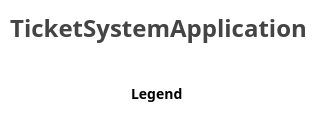
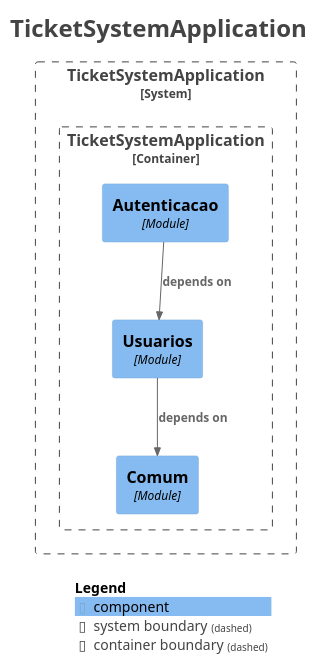
Before and after one commit to AnthoniBortolotto/ticket-management-system: the diagram in docs/modules/components.puml, drawn with PlantUML. The commit also changed 34 other files, not shown here.

Commit message:
FEAT - add user accounts, JWT signing and the login session schema

```diff
--- a/docs/modules/components.puml
+++ b/docs/modules/components.puml
@@ -1,19 +1,32 @@
 @startuml
 title <size:24>TicketSystemApplication</size>
 
 set separator none
 top to bottom direction
 
 <style>
   root {
     BackgroundColor: #ffffff
     FontColor: #444444
   }
 </style>
 
 !include <C4/C4>
 !include <C4/C4_Context>
+!include <C4/C4_Component>
+
+System_Boundary("TicketSystemApplication_boundary", "TicketSystemApplication", $tags="") {
+  Container_Boundary("TicketSystemApplication.TicketSystemApplication_boundary", "TicketSystemApplication", $tags="") {
+    Component(TicketSystemApplication.TicketSystemApplication.Autenticacao, "Autenticacao", $techn="Module", $descr="", $tags="", $link="")
+    Component(TicketSystemApplication.TicketSystemApplication.Comum, "Comum", $techn="Module", $descr="", $tags="", $link="")
+    Component(TicketSystemApplication.TicketSystemApplication.Usuarios, "Usuarios", $techn="Module", $descr="", $tags="", $link="")
+  }
+
+}
+
+Rel(TicketSystemApplication.TicketSystemApplication.Usuarios, TicketSystemApplication.TicketSystemApplication.Comum, "depends on", $techn="", $tags="", $link="")
+Rel(TicketSystemApplication.TicketSystemApplication.Autenticacao, TicketSystemApplication.TicketSystemApplication.Usuarios, "depends on", $techn="", $tags="", $link="")
 
 SHOW_LEGEND(true)
 hide stereotypes
 @enduml
```
